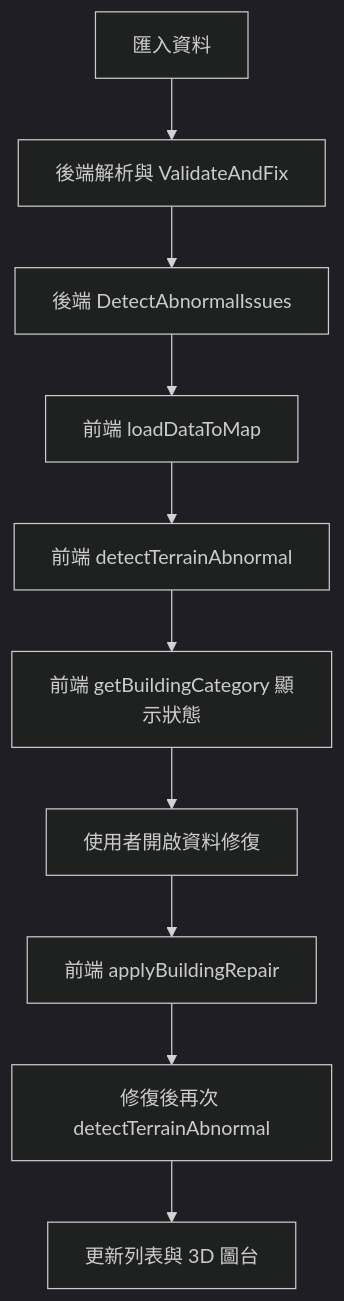
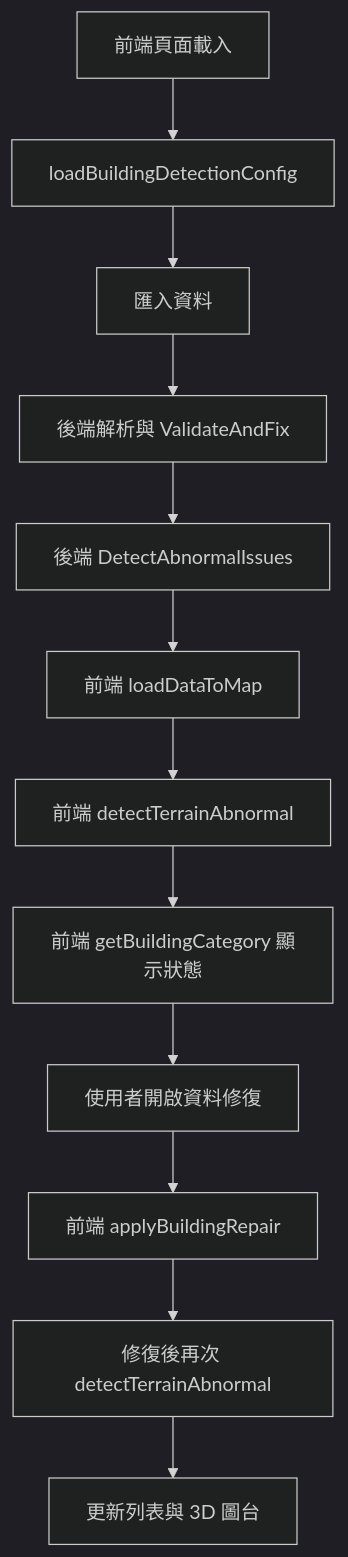
The diagram in docs/data-status-and-repair.md (JerryShiao/Demo_3dDatasCheck_VueTsAspNetCore10), drawn with Mermaid (dark theme) before and after one commit. The commit also changed other lines of this file and 22 other files, not shown here.

````diff
--- a/docs/data-status-and-repair.md
+++ b/docs/data-status-and-repair.md
@@ -125,12 +137,14 @@
 ```mermaid
 flowchart TD
-    importData[匯入資料] --> backendParse[後端解析與 ValidateAndFix]
+    appStart[前端頁面載入] --> loadConfig[loadBuildingDetectionConfig]
+    loadConfig --> importData[匯入資料]
+    importData --> backendParse[後端解析與 ValidateAndFix]
     backendParse --> backendDetect[後端 DetectAbnormalIssues]
     backendDetect --> clientLoad[前端 loadDataToMap]
     clientLoad --> terrainDetect[前端 detectTerrainAbnormal]
     terrainDetect --> uiCategory[前端 getBuildingCategory 顯示狀態]
     uiCategory --> repairDialog[使用者開啟資料修復]
     repairDialog --> applyRepair[前端 applyBuildingRepair]
     applyRepair --> terrainRecheck[修復後再次 detectTerrainAbnormal]
     terrainRecheck --> rerender[更新列表與 3D 圖台]
 ```
````
